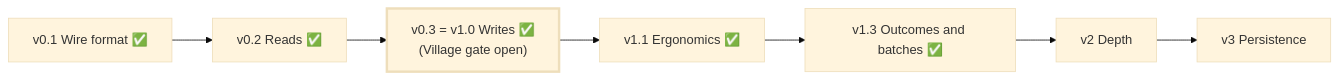
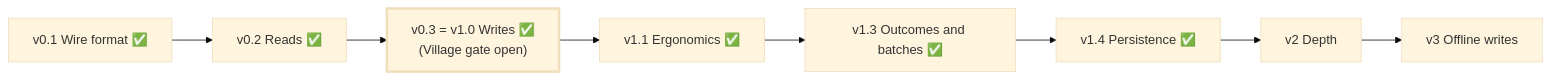
The second of 2 diagrams in docs/ARCHITECTURE.md (winsmith/ion-kit), drawn with Mermaid (base theme) before and after one commit. The commit also changed other lines of this file and 10 other files, not shown here.

````diff
--- a/docs/ARCHITECTURE.md
+++ b/docs/ARCHITECTURE.md
@@ -457,5 +473,5 @@
 ```mermaid
 flowchart LR
-    v01["v0.1 Wire format ✅"] --> v02["v0.2 Reads ✅"] --> v03["v0.3 = v1.0 Writes ✅<br/>(Village gate open)"] --> v1x["v1.1 Ergonomics ✅"] --> v13["v1.3 Outcomes and batches ✅"] --> v2["v2 Depth"] --> v3["v3 Persistence"]
+    v01["v0.1 Wire format ✅"] --> v02["v0.2 Reads ✅"] --> v03["v0.3 = v1.0 Writes ✅<br/>(Village gate open)"] --> v1x["v1.1 Ergonomics ✅"] --> v13["v1.3 Outcomes and batches ✅"] --> v14["v1.4 Persistence ✅"] --> v2["v2 Depth"] --> v3["v3 Offline writes"]
     style v03 stroke-width:3px
 ```
````
